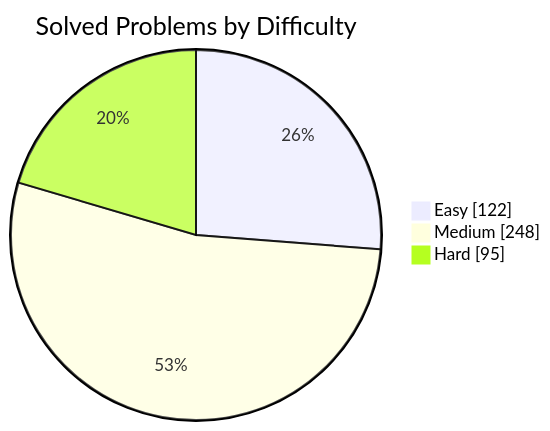
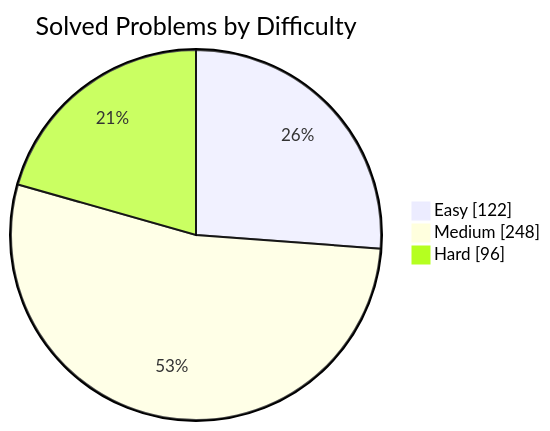
The first of 2 diagrams in README.md (manikantbindass/DSA-Preparation-FAANG), drawn with Mermaid before and after one commit. The commit also changed other lines of this file and 1 other file, not shown here.

````diff
--- a/README.md
+++ b/README.md
@@ -77,7 +77,7 @@
 ```mermaid
 pie showData
     title Solved Problems by Difficulty
     "Easy" : 122
     "Medium" : 248
-    "Hard" : 95
+    "Hard" : 96
 ```
````
